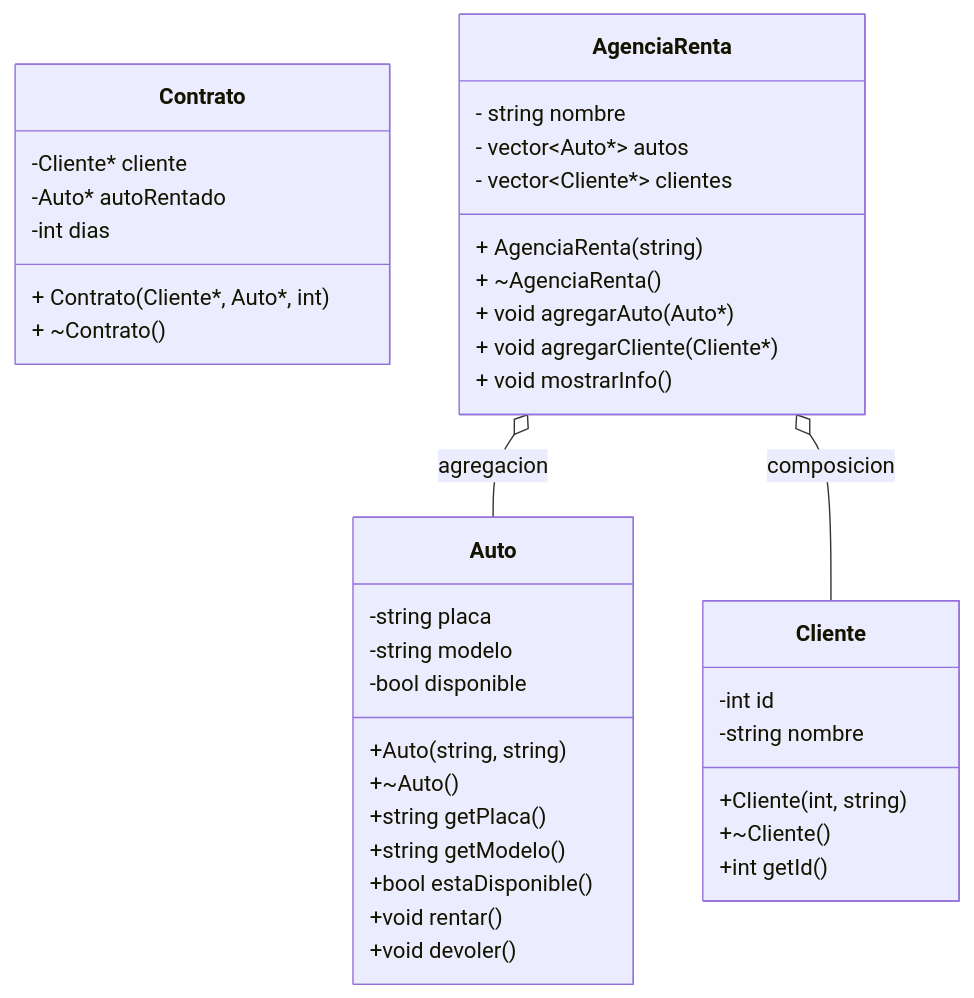
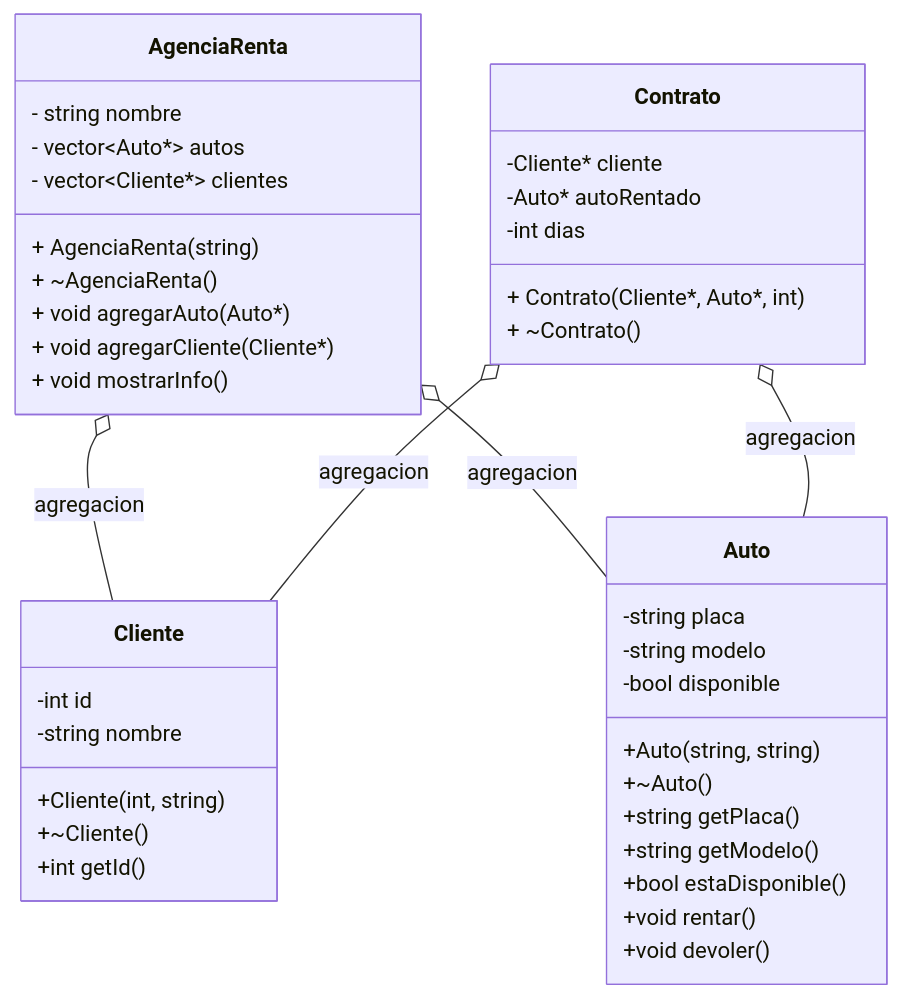
One commit to Jdmesa/Diagrama-de-Clases-Soluci-n changed the second of 2 diagrams in trabajo.md. Above: the diagram before and after it, drawn with Mermaid.

Commit message:
diagrama_de_clases

````diff
--- a/trabajo.md
+++ b/trabajo.md
@@ -41,45 +41,47 @@
 ```mermaid
 classDiagram
     class Auto{
         -string placa
         -string modelo
         -bool disponible
         +Auto(string, string)
         +~Auto()
         +string getPlaca()  
         +string getModelo()
         +bool estaDisponible()
         +void rentar()
         +void devoler()
     }
 
     class Cliente{
         -int id
         -string nombre
         +Cliente(int, string)
         +~Cliente()
         +int getId()
     }
 
     class Contrato{
         -Cliente* cliente
         -Auto* autoRentado
         -int dias
         + Contrato(Cliente*, Auto*, int)
         + ~Contrato()
     }
 
     class AgenciaRenta {
         - string nombre
         - vector~Auto*~ autos
         - vector~Cliente*~ clientes
         + AgenciaRenta(string)
         + ~AgenciaRenta()
         + void agregarAuto(Auto*)
         + void agregarCliente(Cliente*)
         + void mostrarInfo()
     }
 AgenciaRenta o-- Auto: agregacion
-AgenciaRenta o-- Cliente: composicion
+AgenciaRenta o-- Cliente: agregacion
+Contrato o-- Cliente: agregacion
+Contrato o-- Auto: agregacion
 
 ```
````
